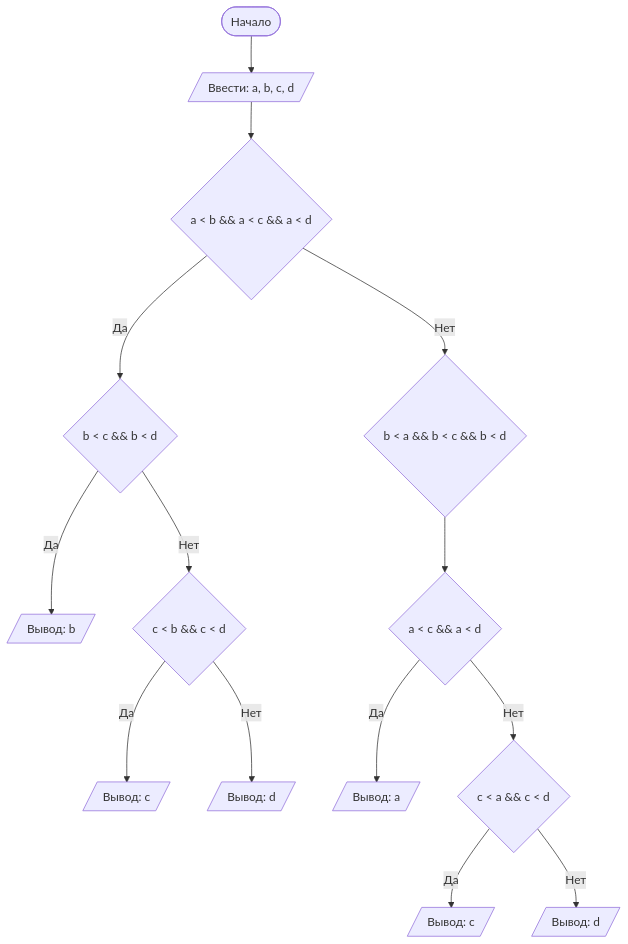
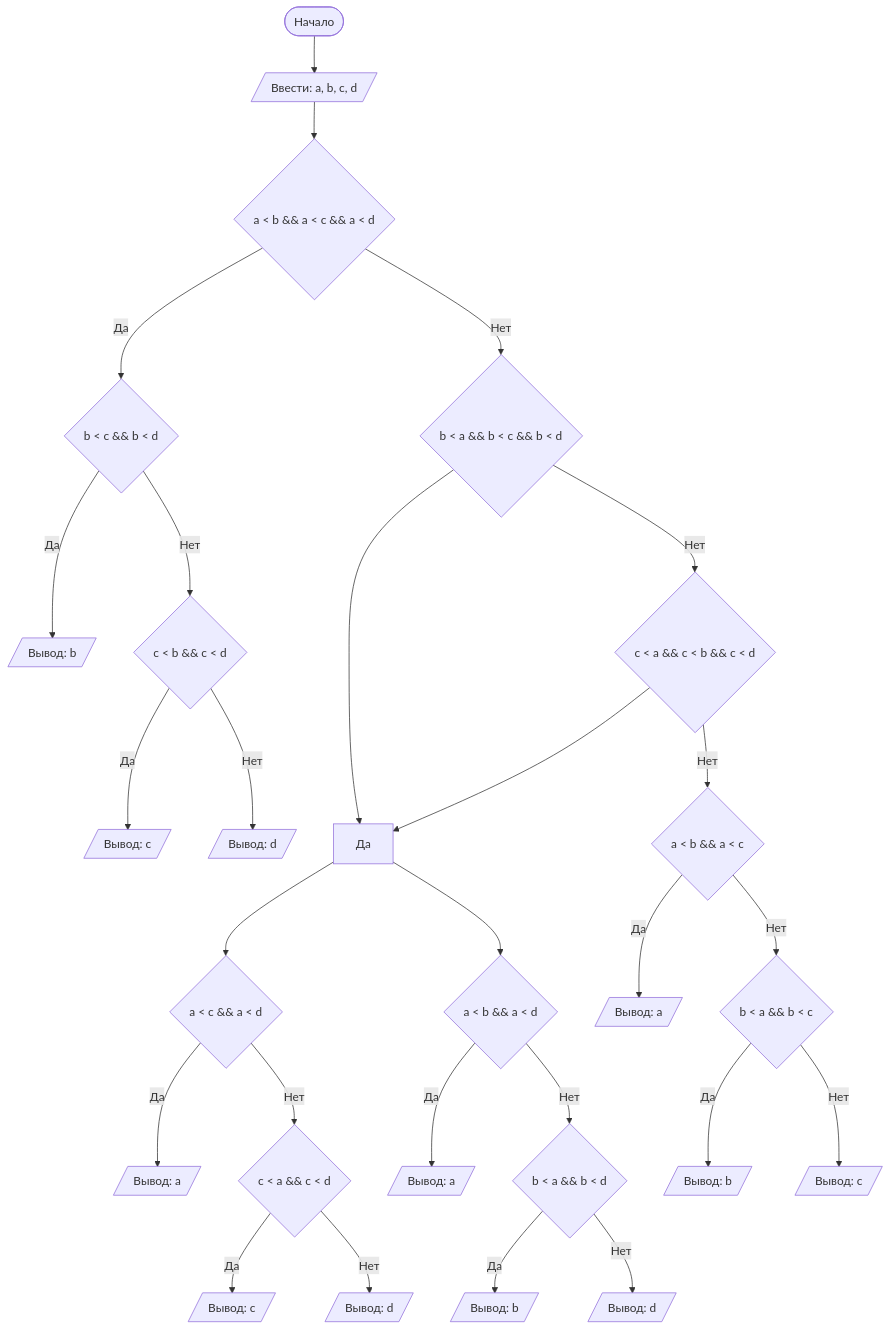
One commit to 3214Hoh/LabExample changed the diagram in README.md. Above: the diagram before and after it, drawn with Mermaid.

````diff
--- a/README.md
+++ b/README.md
@@ -71,17 +71,27 @@
 ```mermaid
 graph TD
   A([Начало]) --> B[/Ввести: a, b, c, d/]
   B --> C{a < b && a < c && a < d}
   C -- Да --> D{b < c && b < d}
   D --  Да --> D1[/Вывод: b/]
   D -- Нет --> E{c < b && c < d}
   E --  Да --> E1[/Вывод: c/]
   E --  Нет --> E2[/Вывод: d/]
   C -- Нет --> R{b < a && b < c && b < d}
-  R --> T{a < c && a < d}
+  R --> Да --> T{a < c && a < d}
   T --  Да --> T1[/Вывод: a/]
   T -- Нет --> Y{c < a && c < d}
   Y --  Да --> Y1[/Вывод: c/]
   Y --  Нет --> Y2[/Вывод: d/]
-  
+  R -- Нет --> U{c < a && c < b && c < d}
+  U --> Да --> I{a < b && a < d}
+  I --  Да --> I1[/Вывод: a/]
+  I -- Нет --> O{b < a && b < d}
+  O --  Да --> O1[/Вывод: b/]
+  O --  Нет --> O2[/Вывод: d/]
+  U -- Нет --> P{a < b && a < c}
+  P --  Да --> P1[/Вывод: a/]
+  P -- Нет --> S{b < a && b < c}
+  S --  Да --> S1[/Вывод: b/]
+  S --  Нет --> S2[/Вывод: c/]
 ```
````
